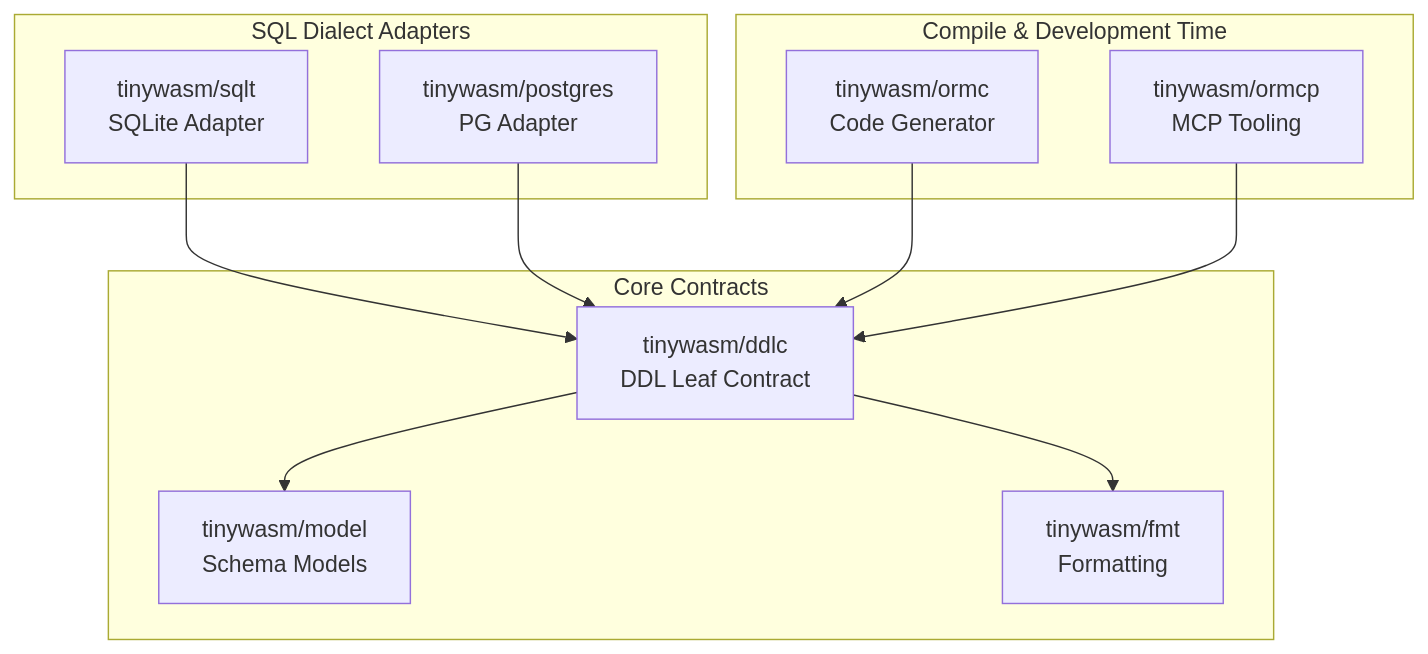
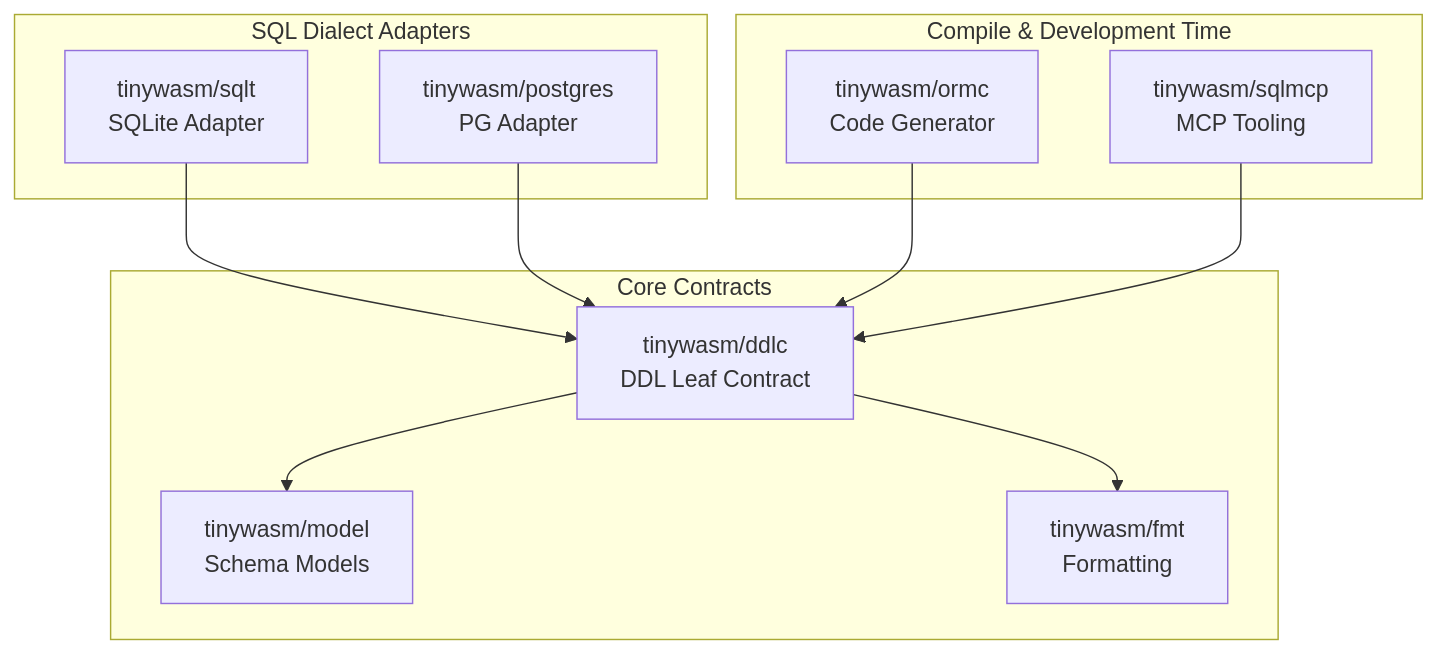
The diagram in docs/ARCHITECTURE.md (tinywasm/ddlc), drawn with Mermaid before and after one commit. The commit also changed 3 other files, not shown here.

First line of the commit message:
docs: update references from ormcp to sqlmcp in README and architecture documents

````diff
--- a/docs/ARCHITECTURE.md
+++ b/docs/ARCHITECTURE.md
@@ -18,27 +18,27 @@
 ```mermaid
 flowchart TD
     subgraph Tooling [Compile & Development Time]
         ormc[tinywasm/ormc <br> Code Generator]
-        ormcp[tinywasm/ormcp <br> MCP Tooling]
+        sqlmcp[tinywasm/sqlmcp <br> MCP Tooling]
     end
 
     subgraph Adapters [SQL Dialect Adapters]
         sqlt[tinywasm/sqlt <br> SQLite Adapter]
         postgres[tinywasm/postgres <br> PG Adapter]
     end
 
     subgraph Core [Core Contracts]
         ddlc[tinywasm/ddlc <br> DDL Leaf Contract]
         model[tinywasm/model <br> Schema Models]
         fmt[tinywasm/fmt <br> Formatting]
     end
 
     %% Dependency Arrows
     sqlt --> ddlc
     postgres --> ddlc
     ormc --> ddlc
-    ormcp --> ddlc
+    sqlmcp --> ddlc
 
     ddlc --> model
     ddlc --> fmt
 ```
````
